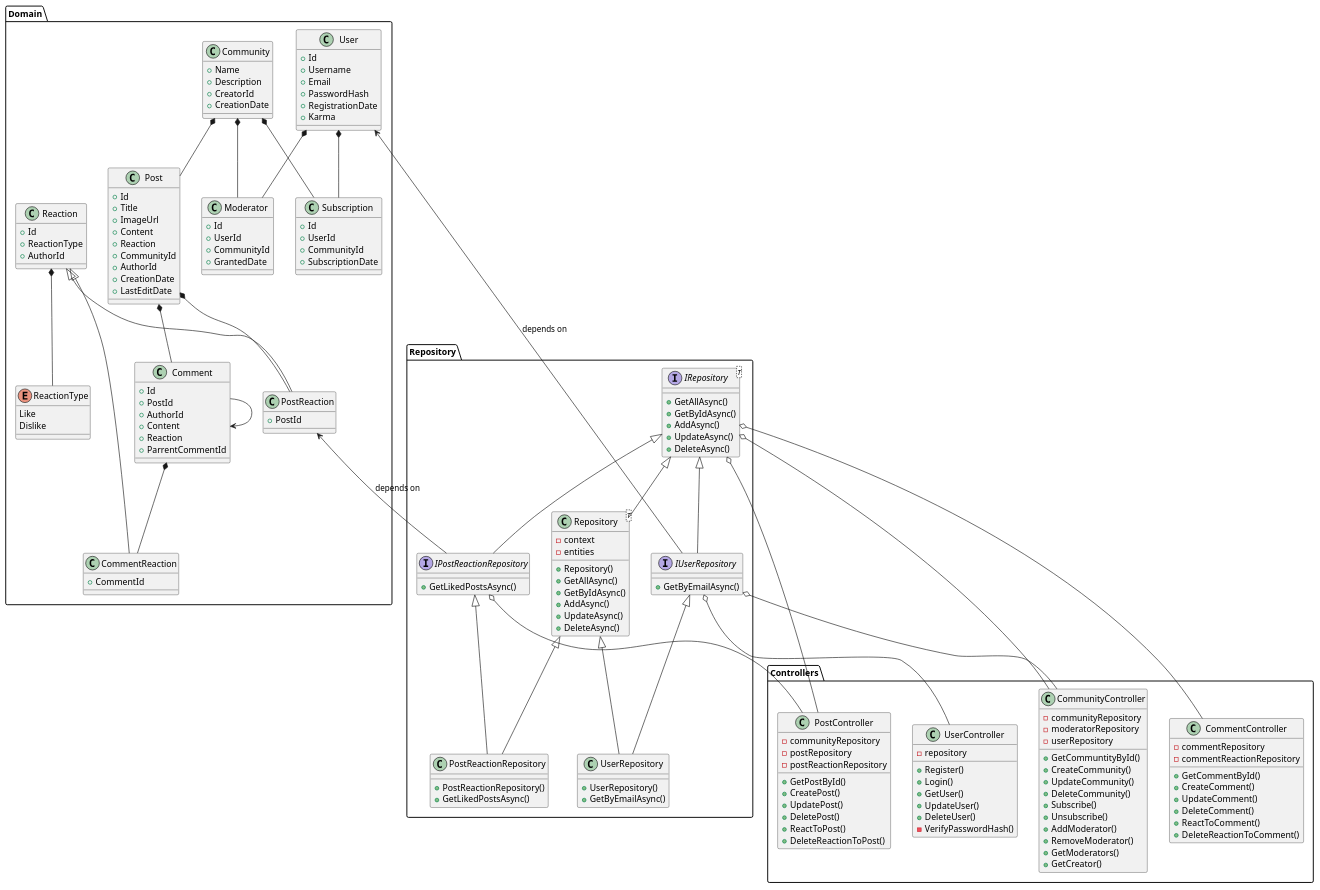
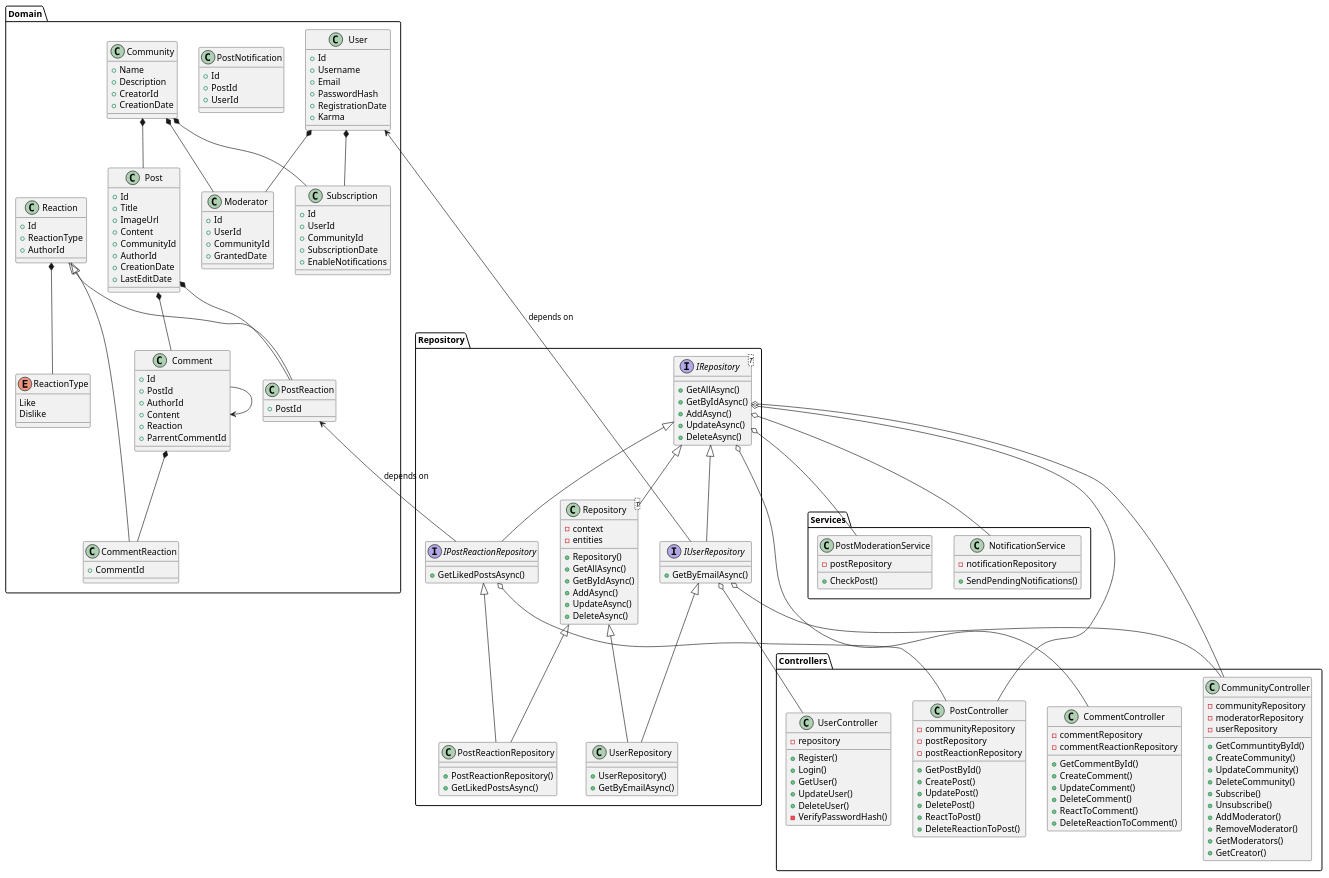
Before and after one commit to aCrYoZPS/oop_coursework: the diagram in class_diagram.puml, drawn with PlantUML. The commit also changed 4 other files, not shown here.

```diff
--- a/class_diagram.puml
+++ b/class_diagram.puml
@@ -8,6 +8,12 @@
         + PasswordHash
         + RegistrationDate
         + Karma
+    }
+    
+    class PostNotification{
+        +Id
+        +PostId
+        +UserId
     }
     
     class Comment{
@@ -24,7 +30,6 @@
         + Title
         + ImageUrl
         + Content
-        + Reaction
         + CommunityId
         + AuthorId
         + CreationDate
@@ -62,6 +67,7 @@
         + UserId
         + CommunityId
         + SubscriptionDate
+        + EnableNotifications
     }
     
     class Moderator {
@@ -202,4 +208,19 @@
     IRepository o-- CommunityController
 }
 
+package Services{
+    class NotificationService{
+        - notificationRepository
+        + SendPendingNotifications()
+    }
+    
+    class PostModerationService{
+        - postRepository
+        + CheckPost()
+    }
+    
+    IRepository o-- NotificationService
+    IRepository o-- PostModerationService
+}
+
 @enduml
```
